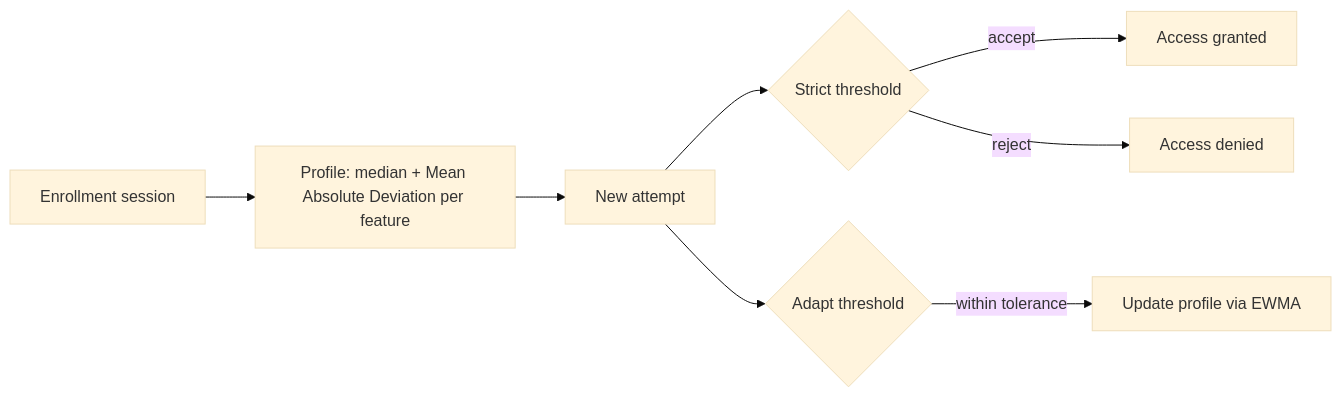
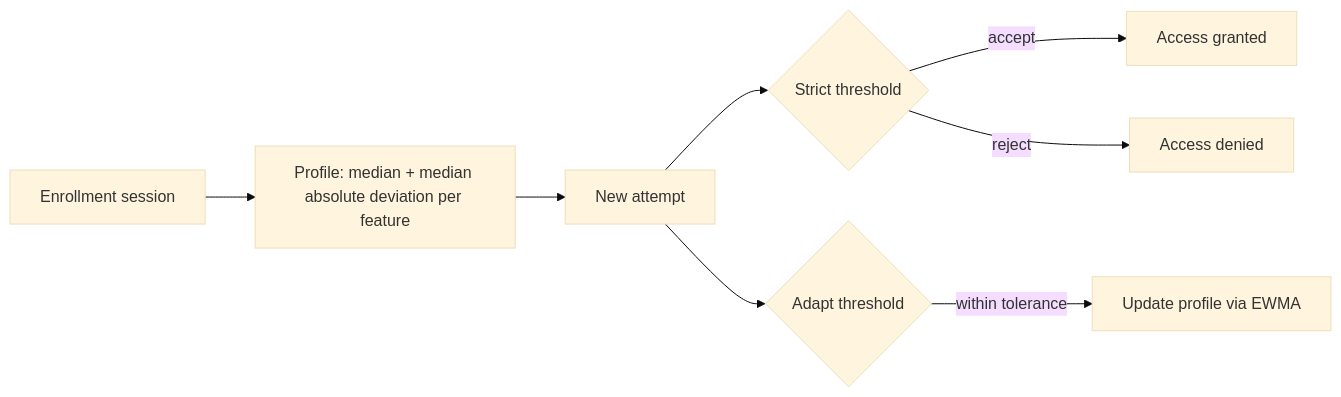
The diagram in README.md (Synchronus69/Feature-Drift-Adaptive-Keystroke-Verification), drawn with Mermaid (base theme) before and after one commit. The commit also changed other lines of this file and 1 other file, not shown here.

Commit message:
Add fixed-profile baseline (FAR/FRR/EER) on holdout users; update README

````diff
--- a/README.md
+++ b/README.md
@@ -52,10 +52,10 @@
 ```mermaid
 flowchart LR
-    A[Enrollment session] --> B[Profile: median + Mean Absolute Deviation per feature]
+    A[Enrollment session] --> B[Profile: median + median absolute deviation per feature]
     B --> C[New attempt]
     C --> D{Strict threshold}
     D -- accept --> E[Access granted]
     D -- reject --> F[Access denied]
     C --> G{Adapt threshold}
     G -- within tolerance --> H[Update profile via EWMA]
 ```
````
